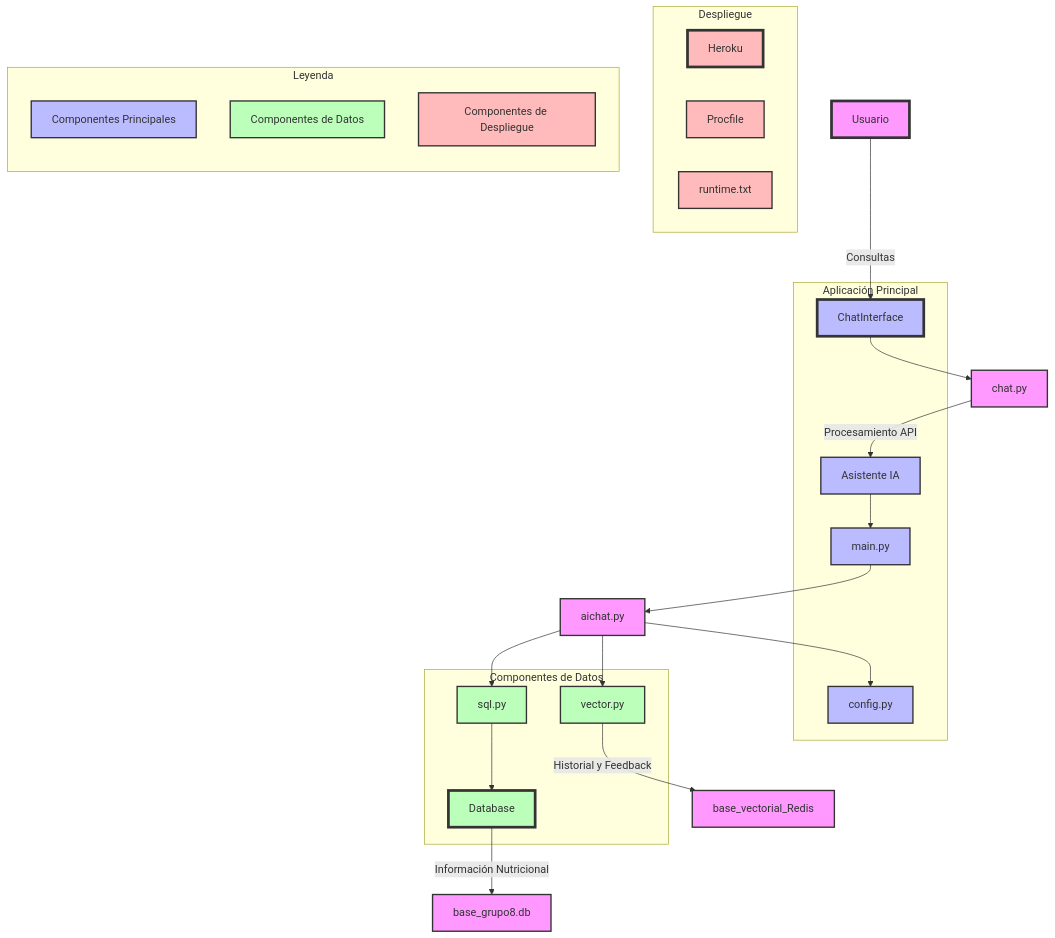
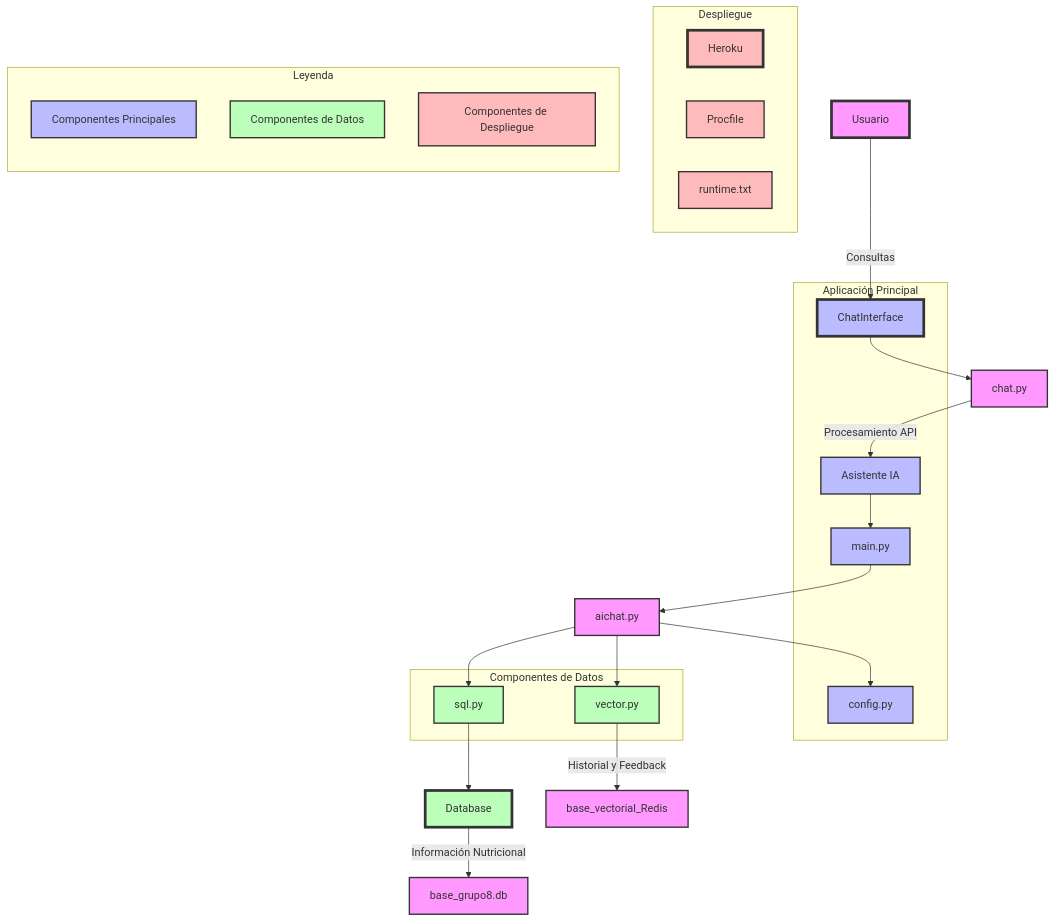
Before and after one commit to leorojascas/Grupo8: the diagram in architecture.md, drawn with Mermaid.

````diff
--- a/architecture.md
+++ b/architecture.md
@@ -1,66 +1,65 @@
 ```mermaid
 graph TD
     %% Nodes
     User[Usuario] -->|Consultas| ChatInterface
     ChatInterface --> ChatLogic[chat.py]
     ChatLogic[chat.py] -->|Procesamiento API| AIAssistant[Asistente IA]
     AIAssistant[Asistente IA] --> EntryPoint[main.py]
     EntryPoint[main.py] --> AILogic[aichat.py]
     AILogic[aichat.py] --> AppConfig[config.py]
 
     %% Subgraphs
     subgraph Aplicación Principal
         ChatInterface
         AIAssistant
         EntryPoint[main.py]
         AppConfig[config.py]
     end
 
     subgraph Componentes de Datos
-        Database
         SQLModule[sql.py]
         VectorProcessor[vector.py]
     end
 
     %% Database Details
     Database -->|Información Nutricional| Config[base_grupo8.db]
     SQLModule --> Database
     VectorProcessor -->|Historial y Feedback| Confíg[base_vectorial_Redis]
     AILogic[aichat.py] --> VectorProcessor
     AILogic[aichat.py] --> SQLModule
 
     %% Deployment
     subgraph Despliegue
         Heroku[Heroku]
         Procfile[Procfile]
         Runtime[runtime.txt]
     end
 
     %% Styling
     classDef default fill:#f9f,stroke:#333,stroke-width:2px
     classDef primary fill:#bbf,stroke:#333,stroke-width:2px
     classDef data fill:#bfb,stroke:#333,stroke-width:2px
     classDef deployment fill:#fbb,stroke:#333,stroke-width:2px
 
     class User,ChatInterface,AIAssistant,EntryPoint,AppConfig primary
     class Database,NutrientAnalysis,SQLModule,VectorProcessor data
     class Heroku,Procfile,Runtime deployment
 
     %% Legend
     subgraph Leyenda
         direction TB
         Primary[Componentes Principales]
         Data[Componentes de Datos]
         Deployment[Componentes de Despliegue]
     end
 
     class Primary primary
     class Data data
     class Deployment deployment
 
     %% Connections
     style User fill:#f9f,stroke:#333,stroke-width:4px
     style ChatInterface fill:#bbf,stroke:#333,stroke-width:4px
     style Database fill:#bfb,stroke:#333,stroke-width:4px
     style Heroku fill:#fbb,stroke:#333,stroke-width:4px
 ```
````
